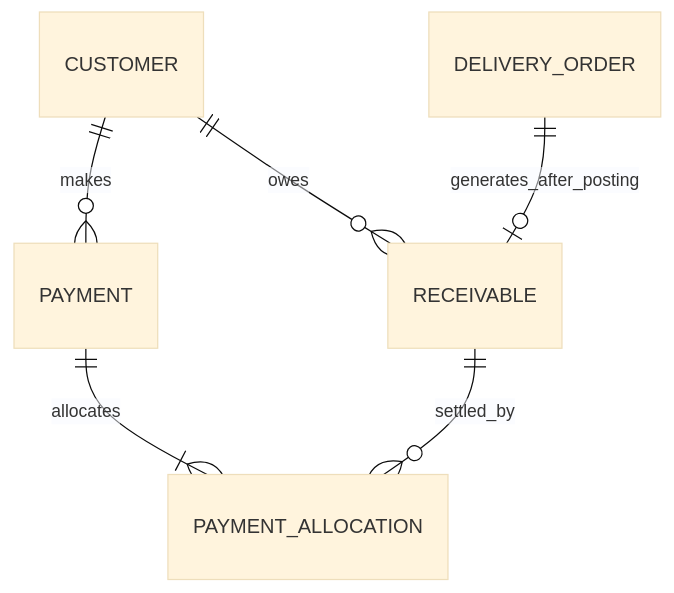
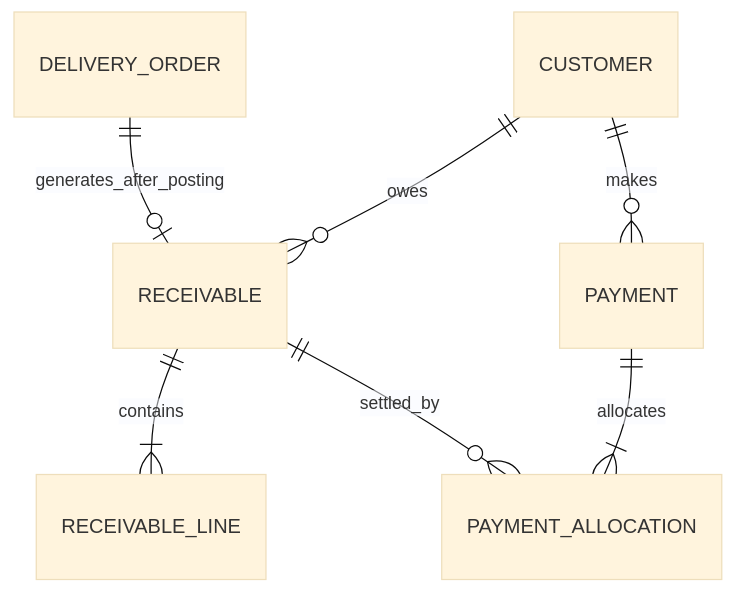
Before and after one commit to fizz123123/smart-distribution-ops: the third of 4 diagrams in docs/10-data-model.md, drawn with Mermaid (base theme). The commit also changed other lines of this file and 7 other files, not shown here.

````diff
--- a/docs/10-data-model.md
+++ b/docs/10-data-model.md
@@ -225,8 +225,9 @@
 ```mermaid
 erDiagram
     CUSTOMER ||--o{ RECEIVABLE : owes
     DELIVERY_ORDER ||--o| RECEIVABLE : generates_after_posting
+    RECEIVABLE ||--|{ RECEIVABLE_LINE : contains
     CUSTOMER ||--o{ PAYMENT : makes
     PAYMENT ||--|{ PAYMENT_ALLOCATION : allocates
     RECEIVABLE ||--o{ PAYMENT_ALLOCATION : settled_by
 ```
````
